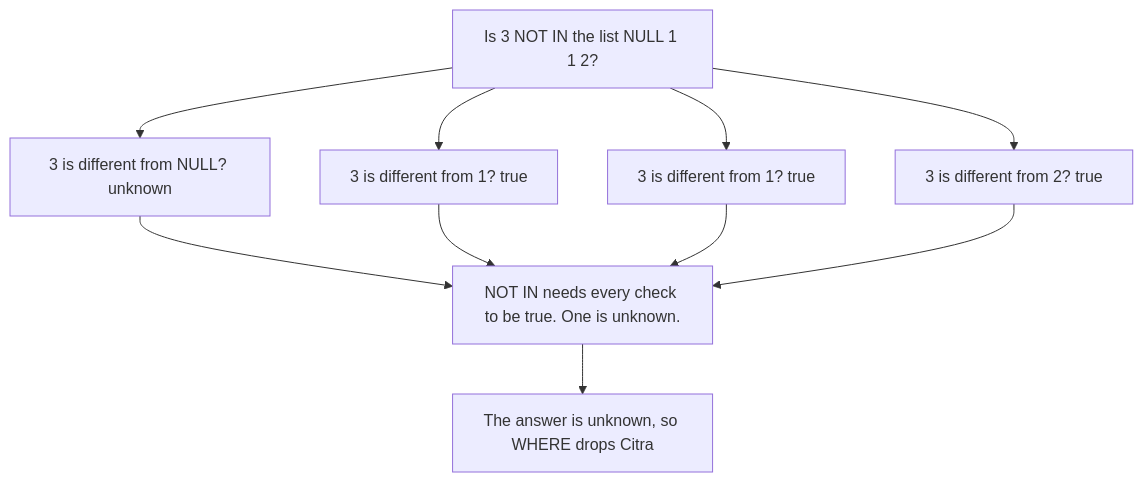
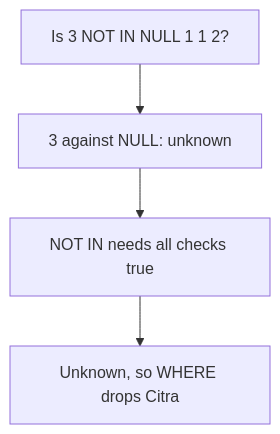
One commit to starjustice/research-material changed the fifth of 6 diagrams in learn/database/04-subqueries-ctes-and-exists.md. Above: the diagram before and after it, drawn with Mermaid. The commit also changed other lines of this file, not shown here.

````diff
--- a/learn/database/04-subqueries-ctes-and-exists.md
+++ b/learn/database/04-subqueries-ctes-and-exists.md
@@ -120,12 +337,6 @@
 ```mermaid
 graph TB
-    Q["Is 3 NOT IN the list NULL 1 1 2?"] --> C1["3 is different from NULL? unknown"]
-    Q --> C2["3 is different from 1? true"]
-    Q --> C3["3 is different from 1? true"]
-    Q --> C4["3 is different from 2? true"]
-    C1 --> ALL["NOT IN needs every check to be true. One is unknown."]
-    C2 --> ALL
-    C3 --> ALL
-    C4 --> ALL
-    ALL --> R["The answer is unknown, so WHERE drops Citra"]
+    Q["Is 3 NOT IN NULL 1 1 2?"] --> C1["3 against NULL: unknown"]
+    C1 --> R["NOT IN needs all checks true"]
+    R --> X["Unknown, so WHERE drops Citra"]
 ```
````
